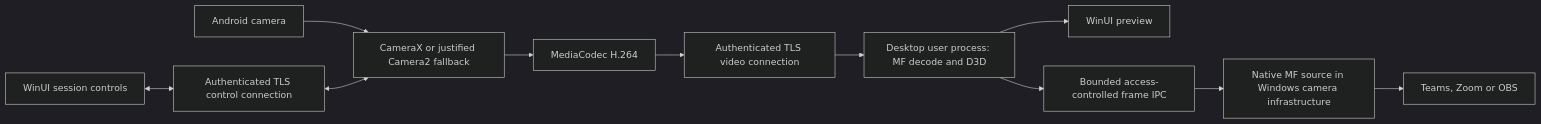
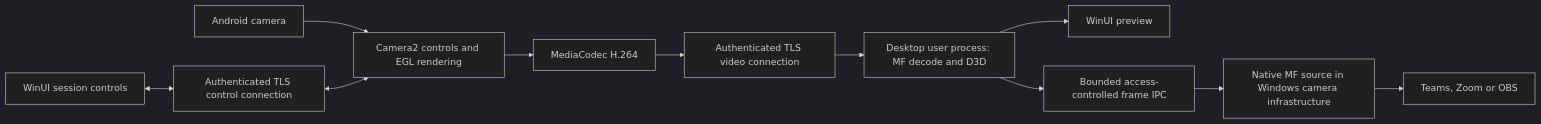
The diagram in docs/design.md (sangimed/camylla), drawn with Mermaid (dark theme) before and after one commit. The commit also changed other lines of this file and 27 other files, not shown here.

Commit message:
M4.5: integrate camera controls, mobile preview and authenticated desktop commands

````diff
--- a/docs/design.md
+++ b/docs/design.md
@@ -52,13 +52,13 @@
 ```mermaid
 flowchart LR
-    A[Android camera] --> B[CameraX or justified Camera2 fallback]
+    A[Android camera] --> B[Camera2 controls and EGL rendering]
     B --> C[MediaCodec H.264]
     C --> D[Authenticated TLS video connection]
     D --> E[Desktop user process: MF decode and D3D]
     E --> F[WinUI preview]
     E --> G[Bounded access-controlled frame IPC]
     G --> H[Native MF source in Windows camera infrastructure]
     H --> I[Teams, Zoom or OBS]
     J[WinUI session controls] <--> K[Authenticated TLS control connection]
     K <--> B
 ```
````
